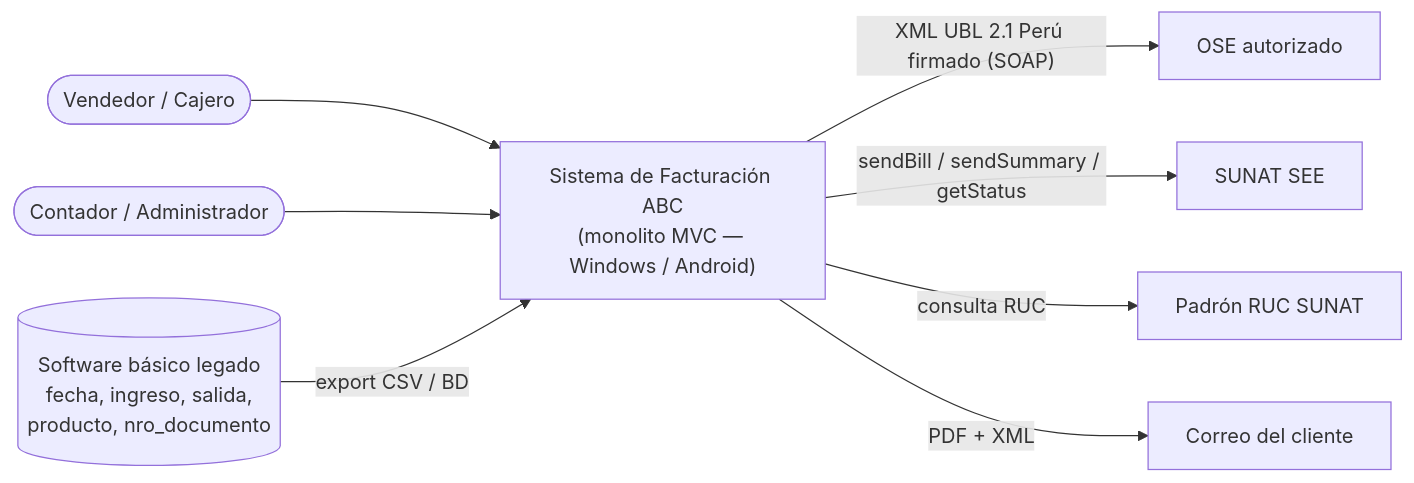
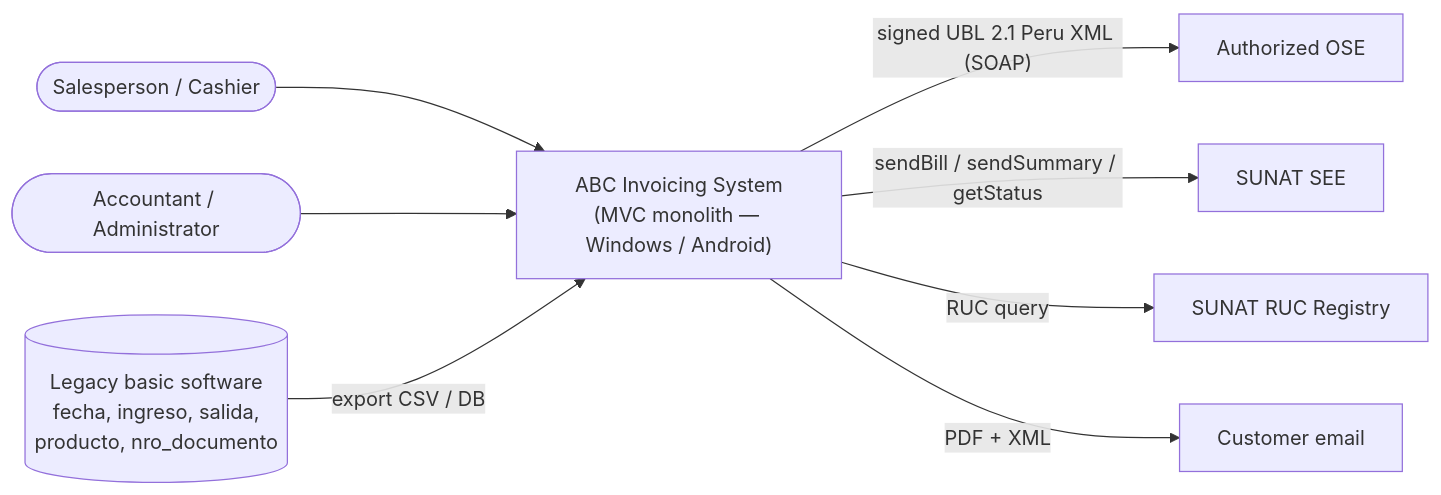
Before and after one commit to Zahir1332007/MD-Arquitectura: the first of 7 diagrams in docs/02_ARQUITECTURA.md, drawn with Mermaid. The commit also changed other lines of this file and 16 other files, not shown here.

````diff
--- a/docs/02_ARQUITECTURA.md
+++ b/docs/02_ARQUITECTURA.md
@@ -5,11 +5,11 @@
 ```mermaid
 flowchart LR
-    U1([Vendedor / Cajero]) --> APP
-    U2([Contador / Administrador]) --> APP
-    APP["Sistema de Facturación ABC<br/>(monolito MVC — Windows / Android)"]
-    APP -->|"XML UBL 2.1 Perú firmado (SOAP)"| OSE[OSE autorizado]
+    U1([Salesperson / Cashier]) --> APP
+    U2([Accountant / Administrator]) --> APP
+    APP["ABC Invoicing System<br/>(MVC monolith — Windows / Android)"]
+    APP -->|"signed UBL 2.1 Peru XML (SOAP)"| OSE[Authorized OSE]
     APP -->|"sendBill / sendSummary / getStatus"| SUNAT[SUNAT SEE]
-    APP -->|"consulta RUC"| PADRON[Padrón RUC SUNAT]
-    LEG[(Software básico legado<br/>fecha, ingreso, salida,<br/>producto, nro_documento)] -->|"export CSV / BD"| APP
-    APP -->|"PDF + XML"| MAIL[Correo del cliente]
+    APP -->|"RUC query"| PADRON[SUNAT RUC Registry]
+    LEG[(Legacy basic software<br/>fecha, ingreso, salida,<br/>producto, nro_documento)] -->|"export CSV / DB"| APP
+    APP -->|"PDF + XML"| MAIL[Customer email]
 ```
````
